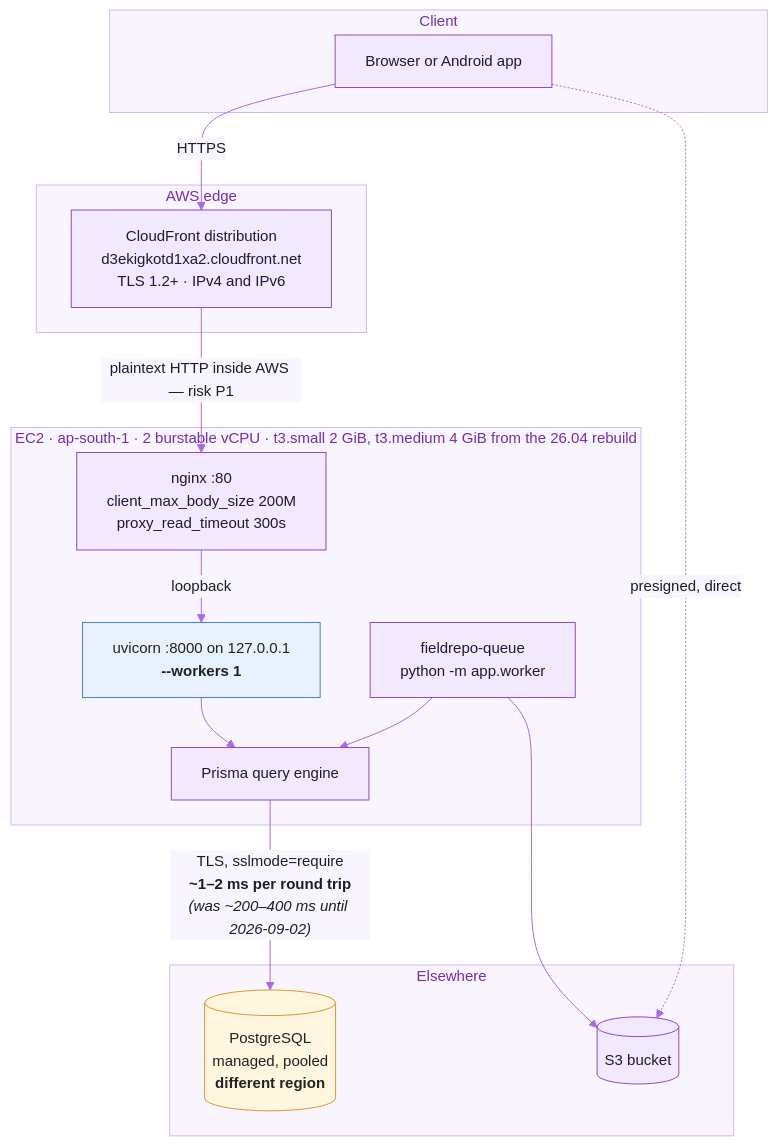
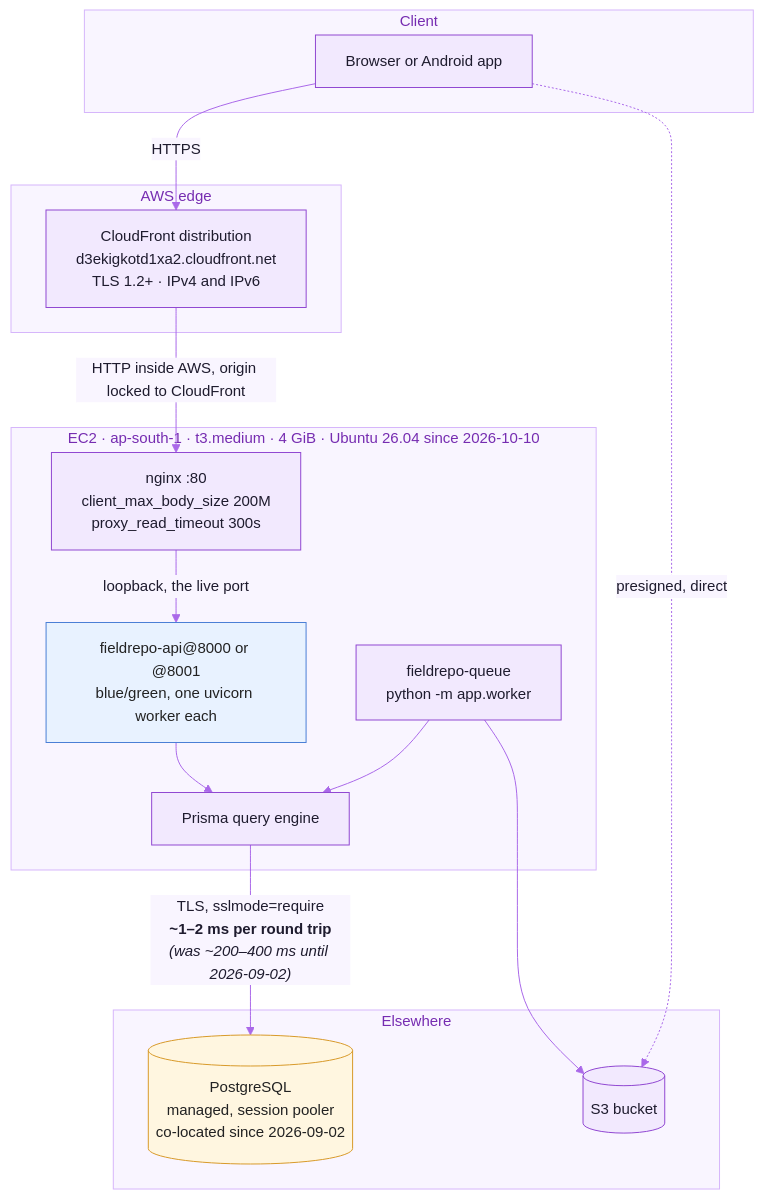
The second of 13 diagrams in docs/ARCHITECTURE.md (cxacraftecosystem-ui/designer-portal), drawn with Mermaid before and after one commit. The commit also changed other lines of this file and 13 other files, not shown here.

````diff
--- a/docs/ARCHITECTURE.md
+++ b/docs/ARCHITECTURE.md
@@ -85,32 +85,32 @@
 ```mermaid
 %%{init: {"theme":"base","themeVariables":{"fontFamily":"Inter, ui-sans-serif, system-ui, -apple-system, Segoe UI, Roboto, Helvetica, Arial, sans-serif","fontSize":"15px","primaryColor":"#F2E9FE","primaryTextColor":"#1E1B2E","primaryBorderColor":"#9148D2","secondaryColor":"#FAEECD","secondaryTextColor":"#1E1B2E","secondaryBorderColor":"#CD9200","tertiaryColor":"#F3F1FA","tertiaryTextColor":"#1E1B2E","tertiaryBorderColor":"#A7A3BC","mainBkg":"#F2E9FE","nodeBorder":"#9148D2","nodeTextColor":"#1E1B2E","lineColor":"#AA69E9","textColor":"#857F9E","edgeLabelBackground":"#F9F5FF","clusterBkg":"#F9F5FF","clusterBorder":"#D6B6FB","titleColor":"#762CB1","noteBkgColor":"#FAEECD","noteTextColor":"#1E1B2E","noteBorderColor":"#CD9200","actorBkg":"#F2E9FE","actorBorder":"#9148D2","actorTextColor":"#1E1B2E","actorLineColor":"#AA69E9","signalColor":"#AA69E9","signalTextColor":"#857F9E","labelBoxBkgColor":"#F2E9FE","labelBoxBorderColor":"#9148D2","labelTextColor":"#1E1B2E","loopTextColor":"#857F9E","activationBkgColor":"#E7D5FE","activationBorderColor":"#9148D2","sequenceNumberColor":"#FFFFFF","transitionColor":"#AA69E9","transitionLabelColor":"#857F9E","stateLabelColor":"#1E1B2E","stateBkg":"#F2E9FE","compositeBackground":"#F9F5FF","compositeTitleBackground":"#F2E9FE","attributeBackgroundColorOdd":"#FFFFFF","attributeBackgroundColorEven":"#F9F5FF","relationColor":"#AA69E9","relationLabelBackground":"#F9F5FF","relationLabelColor":"#1E1B2E"}}}%%
 flowchart TB
   subgraph client["Client"]
     B[Browser or Android app]
   end
   subgraph edge["AWS edge"]
     CF["CloudFront distribution<br/>d3ekigkotd1xa2.cloudfront.net<br/>TLS 1.2+ · IPv4 and IPv6"]
   end
-  subgraph ec2["EC2 · ap-south-1 · 2 burstable vCPU · t3.small 2 GiB, t3.medium 4 GiB from the 26.04 rebuild"]
+  subgraph ec2["EC2 · ap-south-1 · t3.medium · 4 GiB · Ubuntu 26.04 since 2026-10-10"]
     NX["nginx :80<br/>client_max_body_size 200M<br/>proxy_read_timeout 300s"]
-    UV["uvicorn :8000 on 127.0.0.1<br/><b>--workers 1</b>"]
+    UV["fieldrepo-api@8000 or @8001<br/>blue/green, one uvicorn worker each"]
     QW["fieldrepo-queue<br/>python -m app.worker"]
     PE[Prisma query engine]
   end
   subgraph remote["Elsewhere"]
-    PG[("PostgreSQL<br/>managed, pooled<br/><b>different region</b>")]
+    PG[("PostgreSQL<br/>managed, session pooler<br/>co-located since 2026-09-02")]
     S3[(S3 bucket)]
   end
 
   B -->|"HTTPS"| CF
-  CF -->|"plaintext HTTP inside AWS — risk P1"| NX
-  NX -->|loopback| UV
+  CF -->|"HTTP inside AWS, origin locked to CloudFront"| NX
+  NX -->|"loopback, the live port"| UV
   UV --> PE
   QW --> PE
   PE -->|"TLS, sslmode=require<br/><b>~1–2 ms per round trip</b><br/><i>(was ~200–400 ms until 2026-09-02)</i>"| PG
   B -.->|presigned, direct| S3
   QW --> S3
 
   style PG fill:#fff6e0,stroke:#d89a2a,color:#222
   style UV fill:#e8f2ff,stroke:#4a7fd6,color:#222
 ```
````
